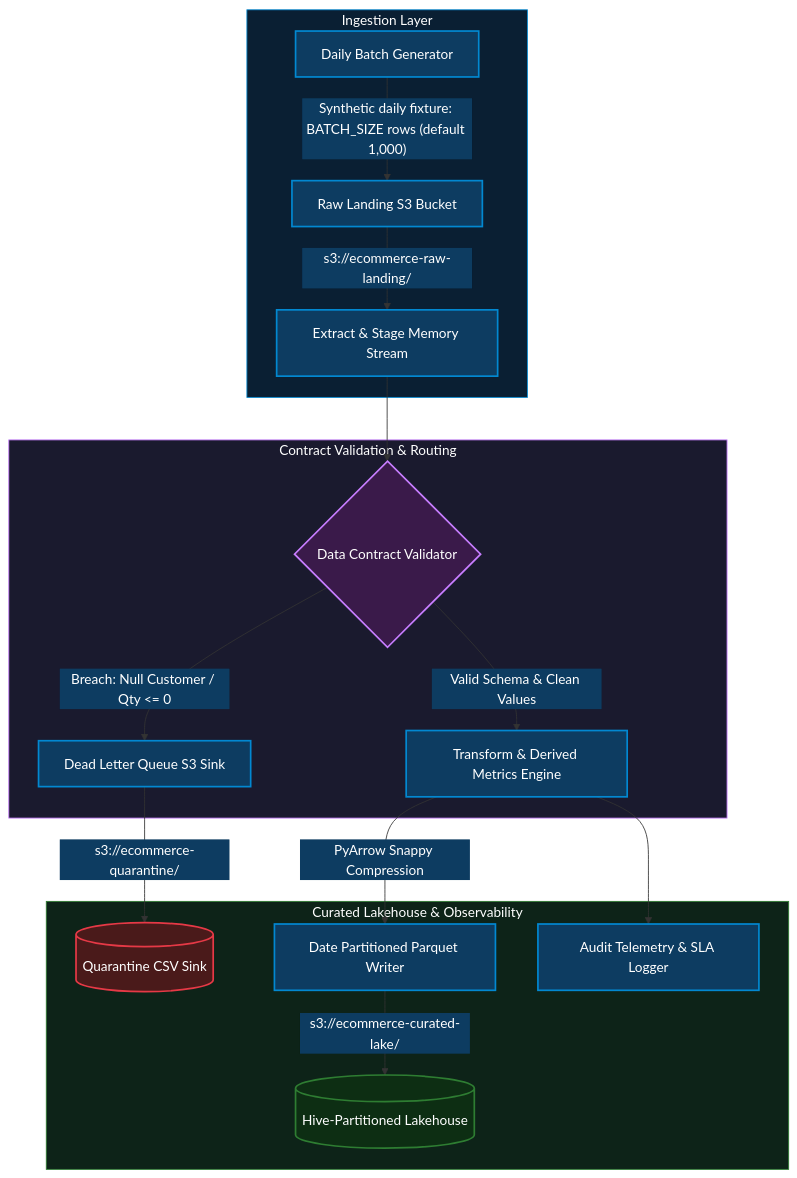
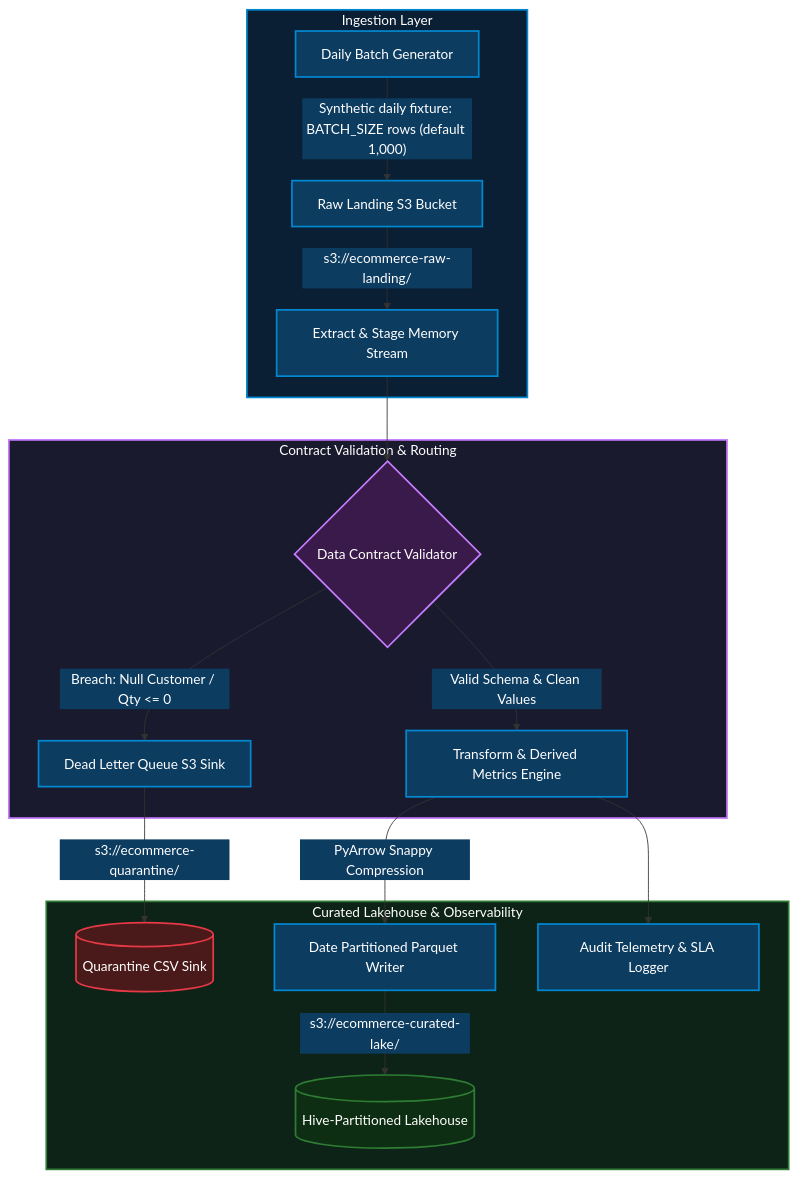
The first of 3 diagrams in README.md (arsalankazi/airflow-batch-pipeline), drawn with Mermaid before and after one commit.

Commit message:
fix: resolve pandas NA silent drop edge case and align telemetry messaging

````diff
--- a/README.md
+++ b/README.md
@@ -9,35 +9,35 @@
 ```mermaid
 %%{init: {'themeVariables': {'edgeLabelBackground': '#0d3c61', 'textColor': '#ffffff'}}}%%
 flowchart TD
     subgraph Ingestion["Ingestion Layer"]
         A[Daily Batch Generator] -->|"Synthetic daily fixture: BATCH_SIZE rows (default 1,000)"| B[Raw Landing S3 Bucket]
         B -->|"s3://ecommerce-raw-landing/"| C[Extract & Stage Memory Stream]
     end
 
     subgraph Validation["Contract Validation & Routing"]
         C --> D{Data Contract Validator}
         D -->|"Breach: Null Customer / Qty <= 0"| E[Dead Letter Queue S3 Sink]
         D -->|"Valid Schema & Clean Values"| F[Transform & Derived Metrics Engine]
     end
 
     subgraph Storage["Curated Lakehouse & Observability"]
         E -->|"s3://ecommerce-quarantine/"| G[(Quarantine CSV Sink)]
         F -->|"PyArrow Snappy Compression"| H[Date Partitioned Parquet Writer]
         H -->|"s3://ecommerce-curated-lake/"| I[(Hive-Partitioned Lakehouse)]
         F --> J[Audit Telemetry & SLA Logger]
     end
 
     classDef validation fill:#3a1a4a,stroke:#c77dff,stroke-width:2px,color:#ffffff;
     classDef quarantine fill:#4a1a1a,stroke:#e63946,stroke-width:2px,color:#ffffff;
     classDef lakehouse fill:#0d2e13,stroke:#2e7d32,stroke-width:2px,color:#ffffff;
     classDef compute fill:#0d3c61,stroke:#0288d1,stroke-width:2px,color:#ffffff;
 
     class D validation;
     class G quarantine;
     class I lakehouse;
     class A,B,C,E,F,H,J compute;
 
-    style Ingestion fill:#0a1f33,stroke:#0288d1,stroke-width:1px,color:#ffffff
-    style Validation fill:#1a1a2e,stroke:#c77dff,stroke-width:1px,color:#ffffff
-    style Storage fill:#0d2318,stroke:#2e7d32,stroke-width:1px,color:#ffffff
+    style Ingestion fill:#0a1f33,stroke:#0288d1,stroke-width:2px,color:#ffffff,padding:30px
+    style Validation fill:#1a1a2e,stroke:#c77dff,stroke-width:2px,color:#ffffff,padding:30px
+    style Storage fill:#0d2318,stroke:#2e7d32,stroke-width:2px,color:#ffffff,padding:30px
 ```
````
